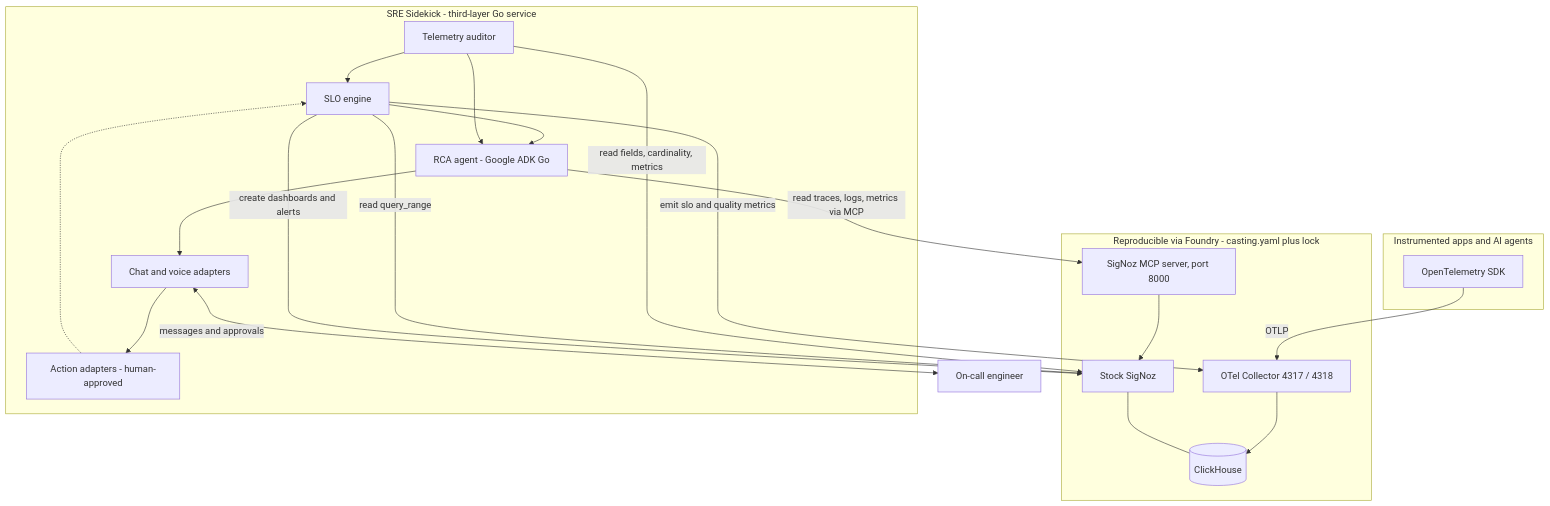
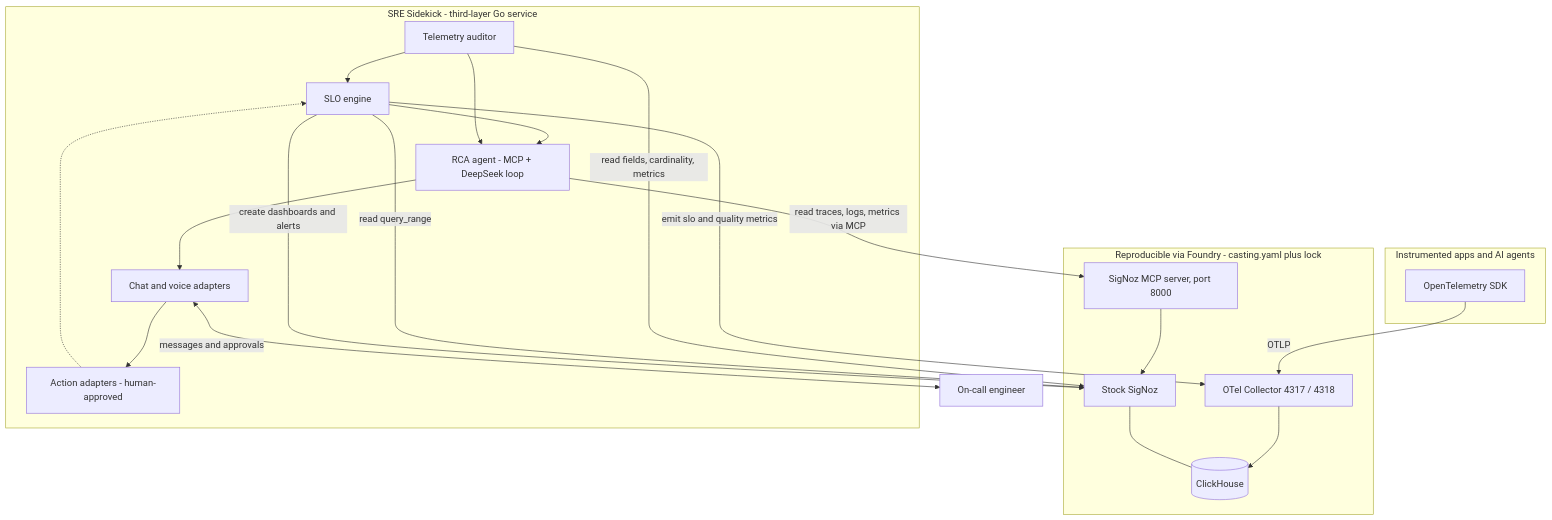
Before and after one commit to guruvedhanth-s/signoz: the second of 4 diagrams in hackathon/telemetry-health-auditor-prd.md, drawn with Mermaid. The commit also changed other lines of this file, not shown here.

Commit message:
docs(prd): reconcile RCA reasoner - lean MCP+DeepSeek loop, not ADK Go (Gemini-only)

````diff
--- a/hackathon/telemetry-health-auditor-prd.md
+++ b/hackathon/telemetry-health-auditor-prd.md
@@ -203,37 +203,37 @@
 ```mermaid
 flowchart TD
     subgraph apps["Instrumented apps and AI agents"]
         SDK["OpenTelemetry SDK"]
     end
 
     subgraph foundry["Reproducible via Foundry - casting.yaml plus lock"]
         COL["OTel Collector 4317 / 4318"]
         SZ["Stock SigNoz"]
         MCP["SigNoz MCP server, port 8000"]
         CH[("ClickHouse")]
         SDK -->|OTLP| COL --> CH
         SZ --- CH
         MCP --> SZ
     end
 
     subgraph sidekick["SRE Sidekick - third-layer Go service"]
         AUD["Telemetry auditor"]
         SLO["SLO engine"]
-        RCA["RCA agent - Google ADK Go"]
+        RCA["RCA agent - MCP + DeepSeek loop"]
         NOTIFY["Chat and voice adapters"]
         ACT["Action adapters - human-approved"]
         AUD --> SLO
         SLO --> RCA
         AUD --> RCA
         RCA --> NOTIFY
         NOTIFY --> ACT
         ACT -.-> SLO
     end
 
     AUD -->|"read fields, cardinality, metrics"| SZ
     SLO -->|"read query_range"| SZ
     RCA -->|"read traces, logs, metrics via MCP"| MCP
     SLO -->|"emit slo and quality metrics"| COL
     SLO -->|"create dashboards and alerts"| SZ
     NOTIFY <-->|"messages and approvals"| USER["On-call engineer"]
 ```
````
